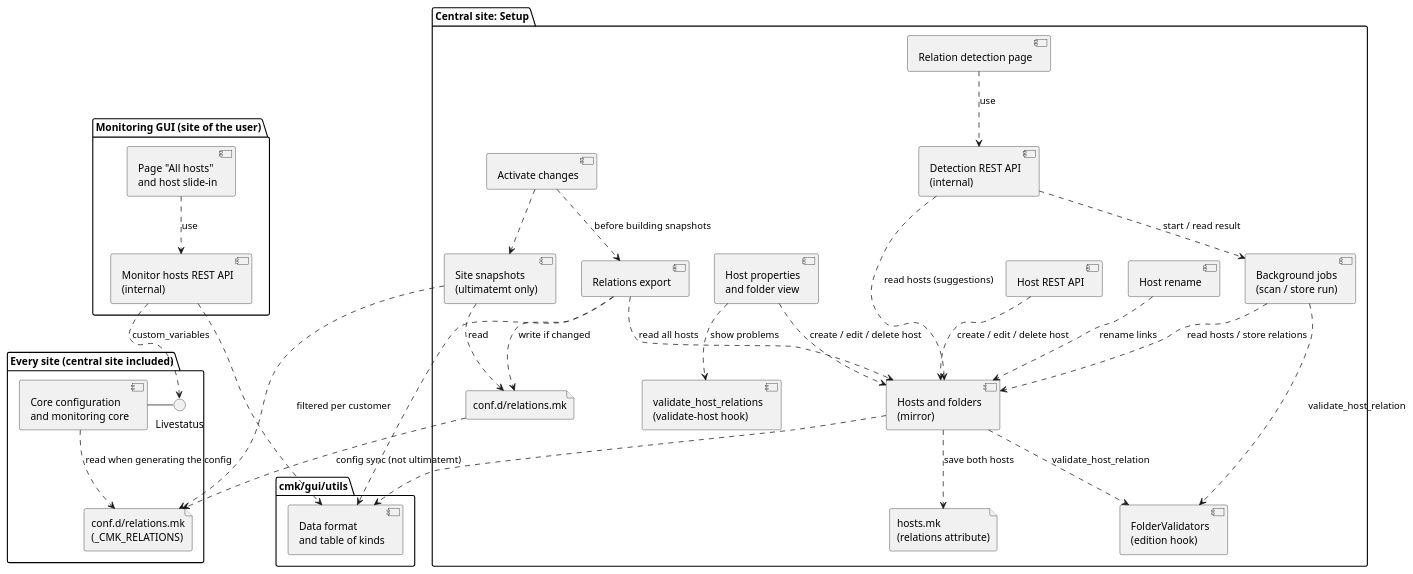
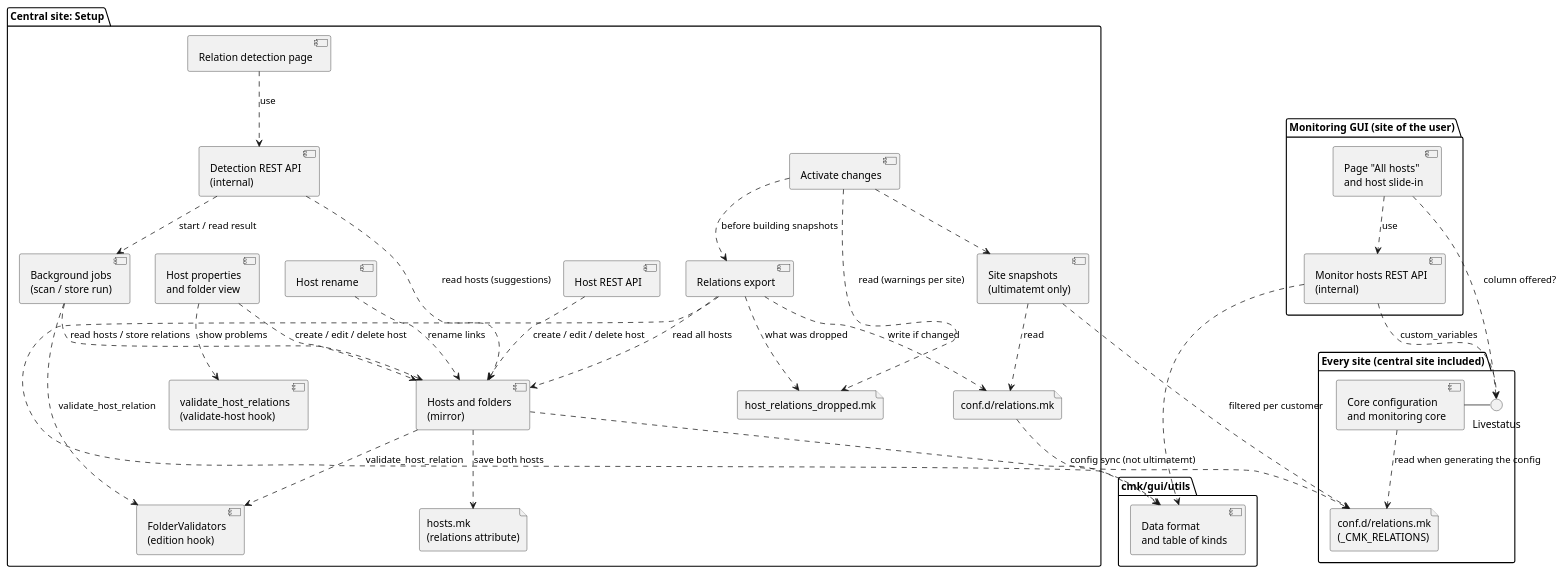
The diagram in doc/documentation/arch-comp-host-relations.rst (Checkmk/checkmk), drawn with PlantUML before and after one commit. The commit also changed other lines of this file, not shown here.

First line of the commit message:
host relations: align arch doc with the code

```diff
--- a/doc/documentation/arch-comp-host-relations.rst
+++ b/doc/documentation/arch-comp-host-relations.rst
@@ -142,59 +142,63 @@
 .. uml::
 
     package "Central site: Setup" {
         [Host properties\nand folder view] as dialog
         [Host REST API] as host_api
         [Relation detection page] as detection_page
         [Detection REST API\n(internal)] as detection_api
         [Background jobs\n(scan / store run)] as jobs
         [Host rename] as rename
         [Hosts and folders\n(mirror)] as hosts
         [validate_host_relations\n(validate-host hook)] as validation
         [FolderValidators\n(edition hook)] as validators
         [Activate changes] as activation
         [Relations export] as export
         [Site snapshots\n(ultimatemt only)] as snapshots
         file "hosts.mk\n(relations attribute)" as hosts_mk
         file "conf.d/relations.mk" as relations_mk
+        file "host_relations_dropped.mk" as dropped_mk
     }
 
     package "Every site (central site included)" {
         file "conf.d/relations.mk\n(_CMK_RELATIONS)" as site_relations_mk
         [Core configuration\nand monitoring core] as core
         () Livestatus as livestatus
     }
 
     package "Monitoring GUI (site of the user)" {
         [Page "All hosts"\nand host slide-in] as views
         [Monitor hosts REST API\n(internal)] as monitor_api
     }
 
     package "cmk/gui/utils" {
         [Data format\nand table of kinds] as shared
     }
 
     dialog ..> hosts: create / edit / delete host
     dialog ..> validation: show problems
     host_api ..> hosts: create / edit / delete host
     rename ..> hosts: rename links
     detection_page ..> detection_api: use
     detection_api ..> hosts: read hosts (suggestions)
     detection_api ..> jobs: start / read result
     jobs ..> hosts: read hosts / store relations
     hosts ..> validators: validate_host_relation
     jobs ..> validators: validate_host_relation
     hosts ..> hosts_mk: save both hosts
     activation ..> export: before building snapshots
     export ..> hosts: read all hosts
     export ..> relations_mk: write if changed
+    export ..> dropped_mk: what was dropped
+    activation ..> dropped_mk: read (warnings per site)
     relations_mk ..> site_relations_mk: config sync (not ultimatemt)
     activation ..> snapshots
     snapshots ..> relations_mk: read
     snapshots ..> site_relations_mk: filtered per customer
     core ..> site_relations_mk: read when generating the config
     core - livestatus
     views ..> monitor_api: use
+    views ..> livestatus: column offered?
     monitor_api ..> livestatus: custom_variables
     hosts ..> shared
     export ..> shared
     monitor_api ..> shared
```
